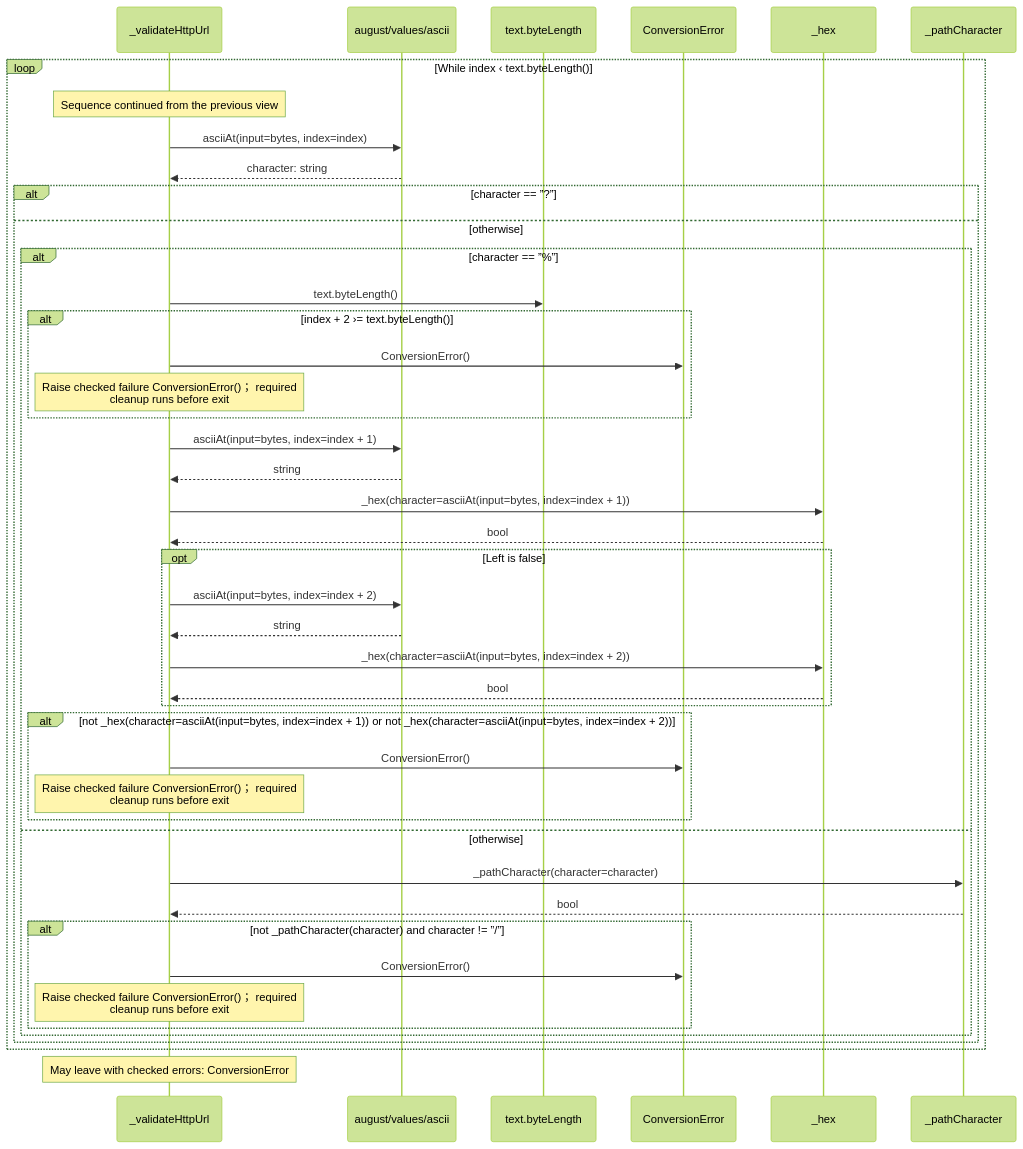
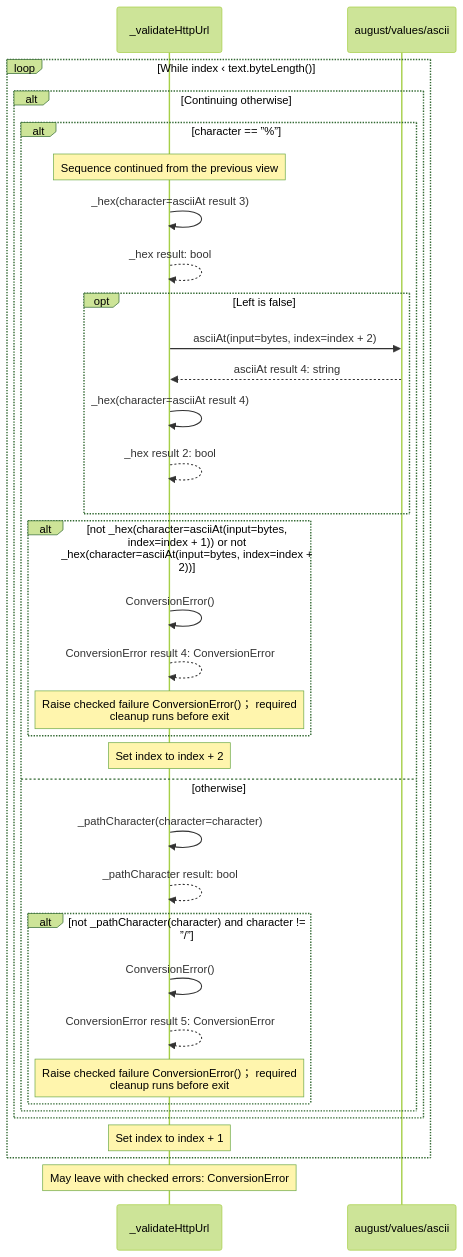
One commit to GreenPandaStudios/augscript changed the eighth of 13 diagrams in src/stdlib/values/urls.aug.diagrams.md. Above: the diagram before and after it, drawn with Mermaid (forest theme). The commit also changed other lines of this file and 304 other files, not shown here.

Commit message:
Make generated data-flow sequences concise and review every diagram

````diff
--- a/src/stdlib/values/urls.aug.diagrams.md
+++ b/src/stdlib/values/urls.aug.diagrams.md
@@ -162,46 +186,36 @@
 ```mermaid
 sequenceDiagram
     participant p0 as _validateHttpUrl
     participant p1 as august/values/ascii
-    participant p2 as text.byteLength
-    participant p3 as ConversionError
-    participant p4 as _hex
-    participant p5 as _pathCharacter
     loop While index ‹ text.byteLength()
+    alt Continuing otherwise
+    alt character == ”%”
     Note over p0: Sequence continued from the previous view
-    p0->>p1: asciiAt(input=bytes, index=index)
-    p1-->>p0: character: string
-    alt character == ”?”
-    else otherwise
-    alt character == ”%”
-    p0->>p2: text.byteLength()
-    alt index + 2 ›= text.byteLength()
-    p0->>p3: ConversionError()
+    p0->>p0: _hex(character=asciiAt result 3)
+    p0-->>p0: _hex result: bool
+    opt Left is false
+    p0->>p1: asciiAt(input=bytes, index=index + 2)
+    p1-->>p0: asciiAt result 4: string
+    p0->>p0: _hex(character=asciiAt result 4)
+    p0-->>p0: _hex result 2: bool
+    end
+    alt not _hex(character=asciiAt(input=bytes, index=index + 1)) or not _hex(character=asciiAt(input=bytes, index=index + 2))
+    p0->>p0: ConversionError()
+    p0-->>p0: ConversionError result 4: ConversionError
     Note over p0: Raise checked failure ConversionError()； required<br/>cleanup runs before exit
     end
-    p0->>p1: asciiAt(input=bytes, index=index + 1)
-    p1-->>p0: string
-    p0->>p4: _hex(character=asciiAt(input=bytes, index=index + 1))
-    p4-->>p0: bool
-    opt Left is false
-    p0->>p1: asciiAt(input=bytes, index=index + 2)
-    p1-->>p0: string
-    p0->>p4: _hex(character=asciiAt(input=bytes, index=index + 2))
-    p4-->>p0: bool
-    end
-    alt not _hex(character=asciiAt(input=bytes, index=index + 1)) or not _hex(character=asciiAt(input=bytes, index=index + 2))
-    p0->>p3: ConversionError()
-    Note over p0: Raise checked failure ConversionError()； required<br/>cleanup runs before exit
-    end
+    Note over p0: Set index to index + 2
     else otherwise
-    p0->>p5: _pathCharacter(character=character)
-    p5-->>p0: bool
+    p0->>p0: _pathCharacter(character=character)
+    p0-->>p0: _pathCharacter result: bool
     alt not _pathCharacter(character) and character != ”/”
-    p0->>p3: ConversionError()
+    p0->>p0: ConversionError()
+    p0-->>p0: ConversionError result 5: ConversionError
     Note over p0: Raise checked failure ConversionError()； required<br/>cleanup runs before exit
     end
     end
     end
+    Note over p0: Set index to index + 1
     end
     Note over p0: May leave with checked errors: ConversionError
 ```
````
